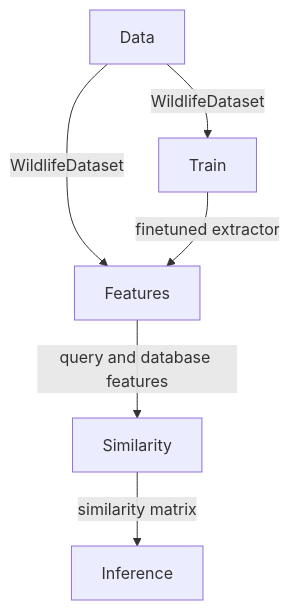
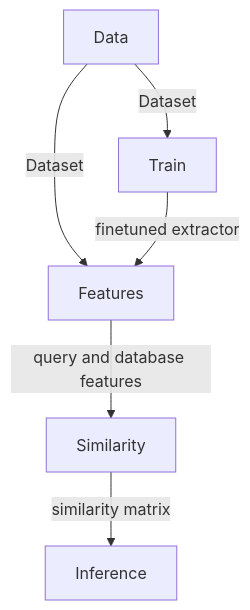
One commit to WildlifeDatasets/wildlife-tools changed the diagram in docs/index.md. Above: the diagram before and after it, drawn with Mermaid. The commit also changed other lines of this file and 12 other files, not shown here.

````diff
--- a/docs/index.md
+++ b/docs/index.md
@@ -83,8 +94,8 @@
 ```mermaid
   graph TD;
-      A[Data]-->|WildlifeDataset|B[Features]
-      A-->|WildlifeDataset|C;
+      A[Data]-->|Dataset|B[Features]
+      A-->|Dataset|C;
       C[Train]-->|finetuned extractor|B;
       B-->|query and database features|D[Similarity]
       D-->|similarity matrix|E[Inference]
 ```
````
